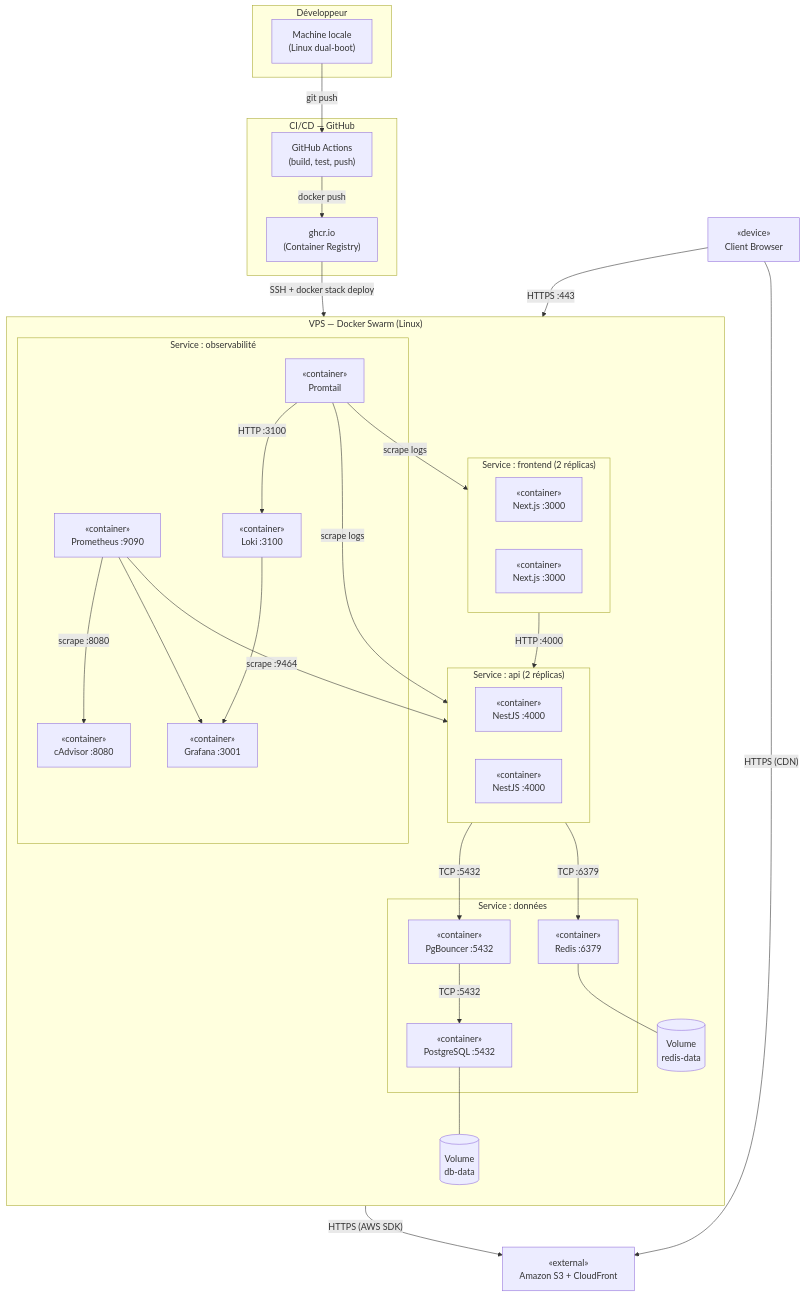
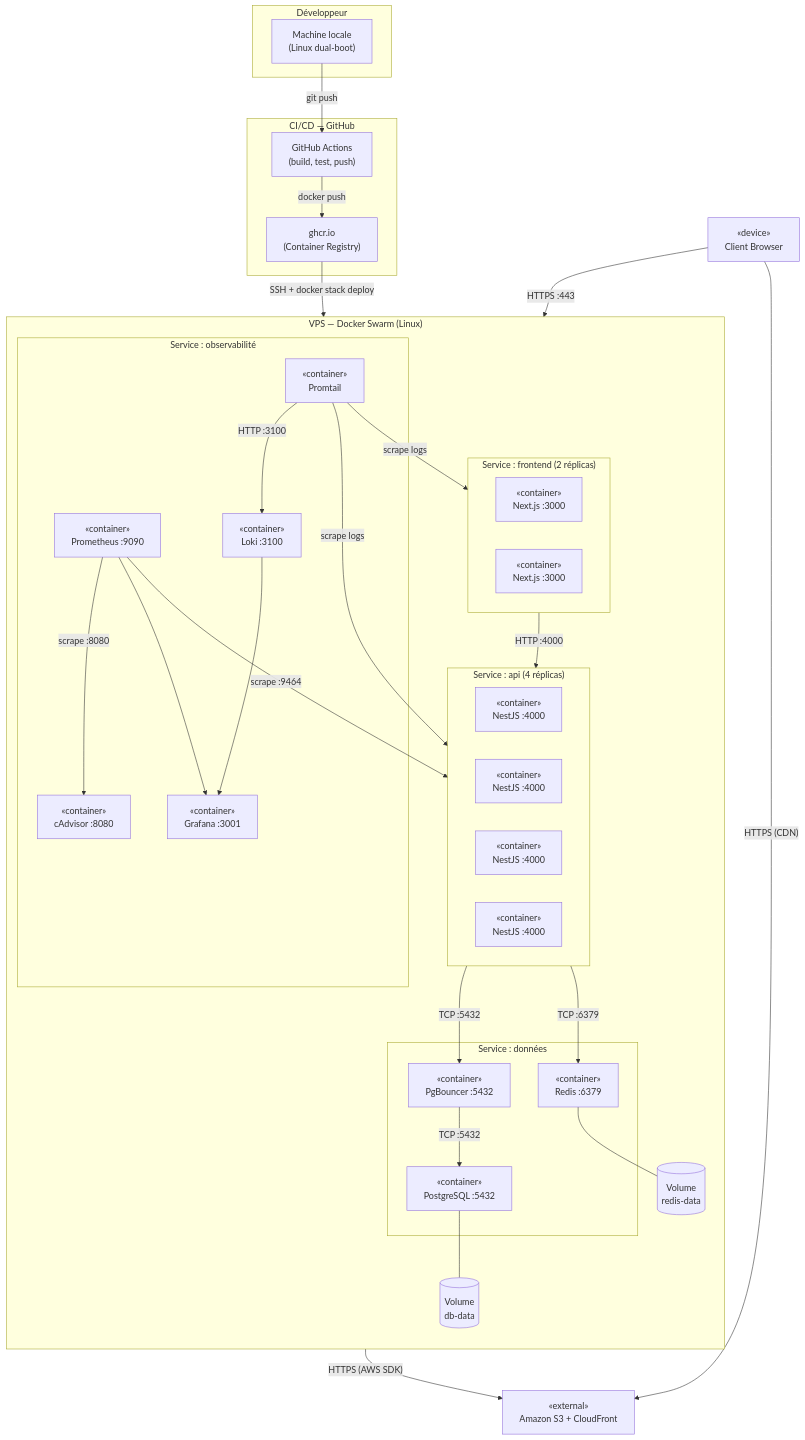
Before and after one commit to TonyMascate/fil_rouge_plateforme: the fifth of 5 diagrams in docs/cartographie-si.md, drawn with Mermaid. The commit also changed other lines of this file and 7 other files, not shown here.

````diff
--- a/docs/cartographie-si.md
+++ b/docs/cartographie-si.md
@@ -211,69 +211,71 @@
 ```mermaid
 graph TB
   subgraph Dev["Développeur"]
     DevMachine["Machine locale\n(Linux dual-boot)"]
   end
 
   subgraph CICD["CI/CD — GitHub"]
     GHActions["GitHub Actions\n(build, test, push)"]
     GHCR["ghcr.io\n(Container Registry)"]
     GHActions -->|"docker push"| GHCR
   end
 
   subgraph VPS["VPS — Docker Swarm (Linux)"]
     direction TB
 
     subgraph FrontendSvc["Service : frontend (2 réplicas)"]
       Next1["«container»\nNext.js :3000"]
       Next2["«container»\nNext.js :3000"]
     end
 
-    subgraph APISvc["Service : api (2 réplicas)"]
+    subgraph APISvc["Service : api (4 réplicas)"]
       API1["«container»\nNestJS :4000"]
       API2["«container»\nNestJS :4000"]
+      API3["«container»\nNestJS :4000"]
+      API4["«container»\nNestJS :4000"]
     end
 
     subgraph DBSvc["Service : données"]
       PgBouncer["«container»\nPgBouncer :5432"]
       PostgreSQL["«container»\nPostgreSQL :5432"]
       Redis["«container»\nRedis :6379"]
     end
 
     subgraph ObsSvc["Service : observabilité"]
       Prometheus["«container»\nPrometheus :9090"]
       Loki["«container»\nLoki :3100"]
       Grafana["«container»\nGrafana :3001"]
       Promtail["«container»\nPromtail"]
       cAdvisor["«container»\ncAdvisor :8080"]
     end
 
     PGVol[("Volume\ndb-data")]
     RedisVol[("Volume\nredis-data")]
   end
 
   S3["«external»\nAmazon S3 + CloudFront"]
   Browser["«device»\nClient Browser"]
 
   DevMachine -->|"git push"| GHActions
   GHCR -->|"SSH + docker stack deploy"| VPS
 
   Browser -->|"HTTPS :443"| FrontendSvc
   Browser -->|"HTTPS (CDN)"| S3
   FrontendSvc -->|"HTTP :4000"| APISvc
   APISvc -->|"TCP :5432"| PgBouncer
   PgBouncer -->|"TCP :5432"| PostgreSQL
   APISvc -->|"TCP :6379"| Redis
   APISvc -->|"HTTPS (AWS SDK)"| S3
   PostgreSQL --- PGVol
   Redis --- RedisVol
 
   %% AWS est un service externe, non déployé via CI/CD
 
   Promtail -->|"scrape logs"| APISvc
   Promtail -->|"scrape logs"| FrontendSvc
   Promtail -->|"HTTP :3100"| Loki
   Prometheus -->|"scrape :9464"| APISvc
   Prometheus -->|"scrape :8080"| cAdvisor
   Loki --> Grafana
   Prometheus --> Grafana
 ```
````
